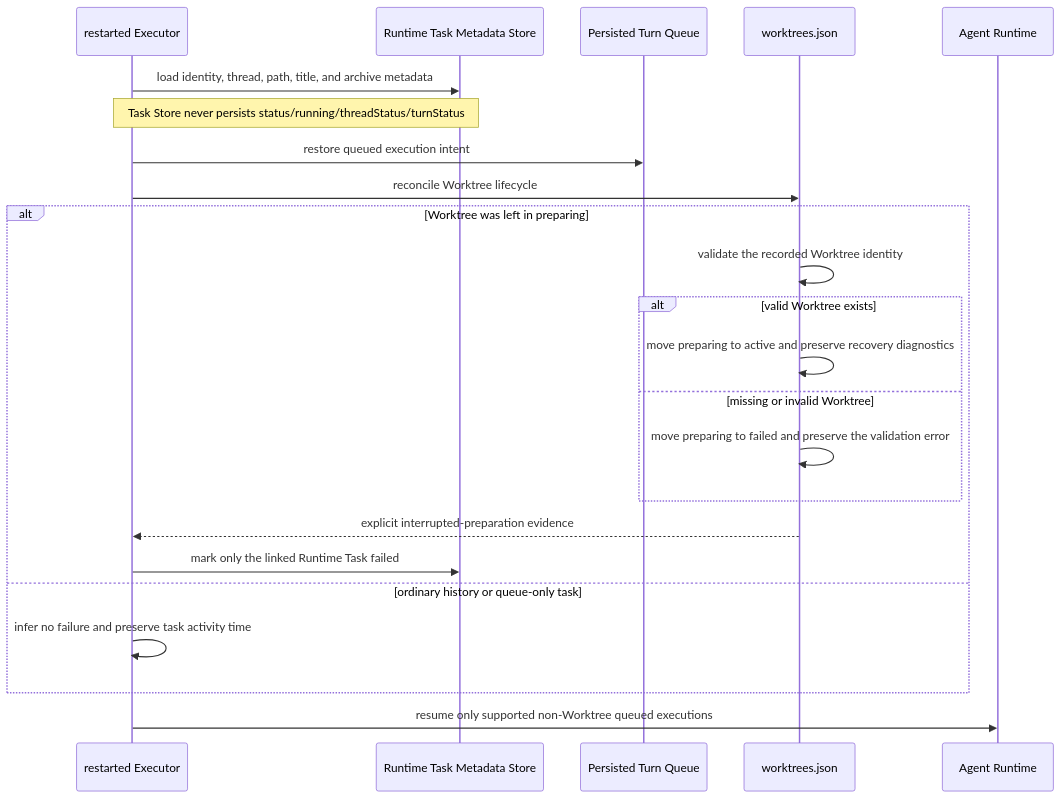
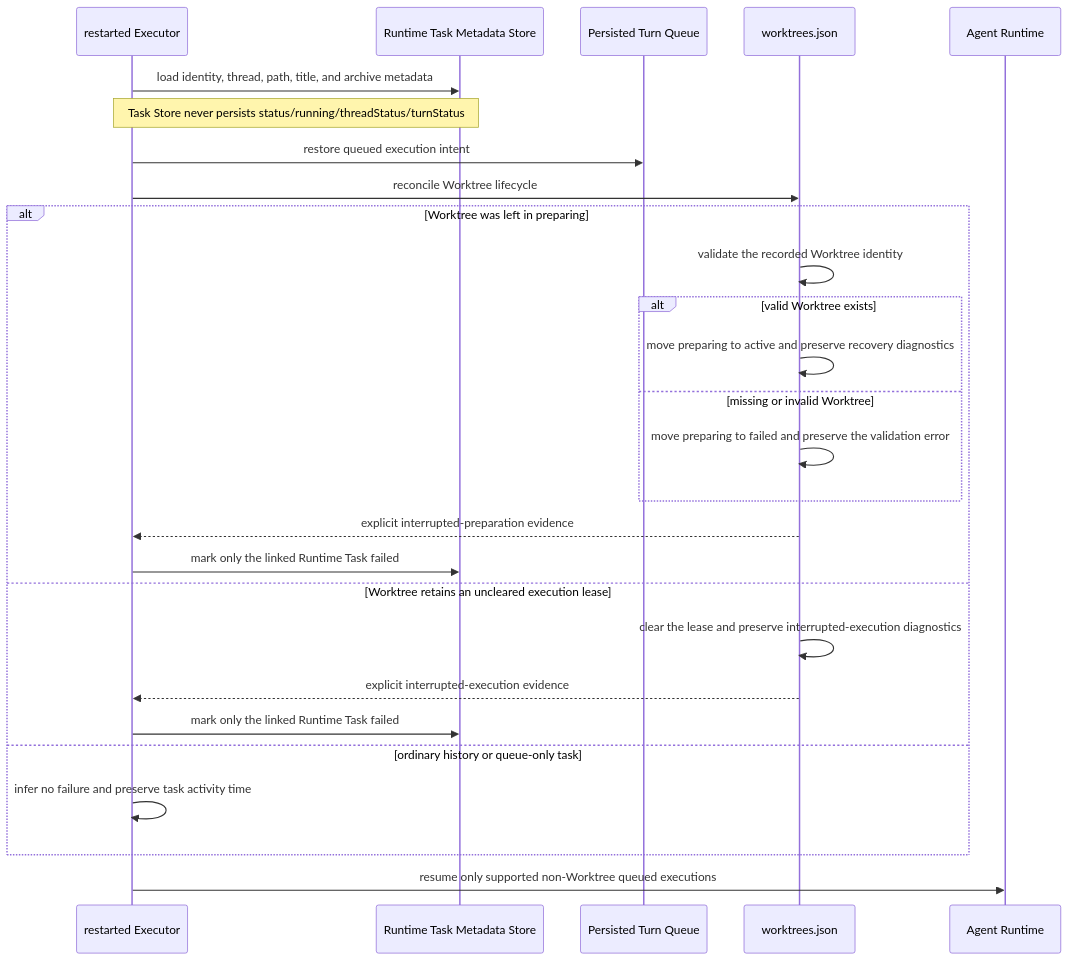
Before and after one commit to wecode-ai/Wegent: the third of 4 diagrams in docs/en/architecture/git-worktree-execution.md, drawn with Mermaid. The commit also changed other lines of this file and 8 other files, not shown here.

Commit message:
fix(executor): track interrupted worktree executions

````diff
--- a/docs/en/architecture/git-worktree-execution.md
+++ b/docs/en/architecture/git-worktree-execution.md
@@ -75,26 +75,30 @@
 ```mermaid
 sequenceDiagram
     participant E as restarted Executor
     participant T as Runtime Task Metadata Store
     participant Q as Persisted Turn Queue
     participant G as worktrees.json
     participant R as Agent Runtime
 
     E->>T: load identity, thread, path, title, and archive metadata
     Note over E,T: Task Store never persists status/running/threadStatus/turnStatus
     E->>Q: restore queued execution intent
     E->>G: reconcile Worktree lifecycle
     alt Worktree was left in preparing
         G->>G: validate the recorded Worktree identity
         alt valid Worktree exists
             G->>G: move preparing to active and preserve recovery diagnostics
         else missing or invalid Worktree
             G->>G: move preparing to failed and preserve the validation error
         end
         G-->>E: explicit interrupted-preparation evidence
         E->>T: mark only the linked Runtime Task failed
+    else Worktree retains an uncleared execution lease
+        G->>G: clear the lease and preserve interrupted-execution diagnostics
+        G-->>E: explicit interrupted-execution evidence
+        E->>T: mark only the linked Runtime Task failed
     else ordinary history or queue-only task
         E->>E: infer no failure and preserve task activity time
     end
     E->>R: resume only supported non-Worktree queued executions
 ```
````
